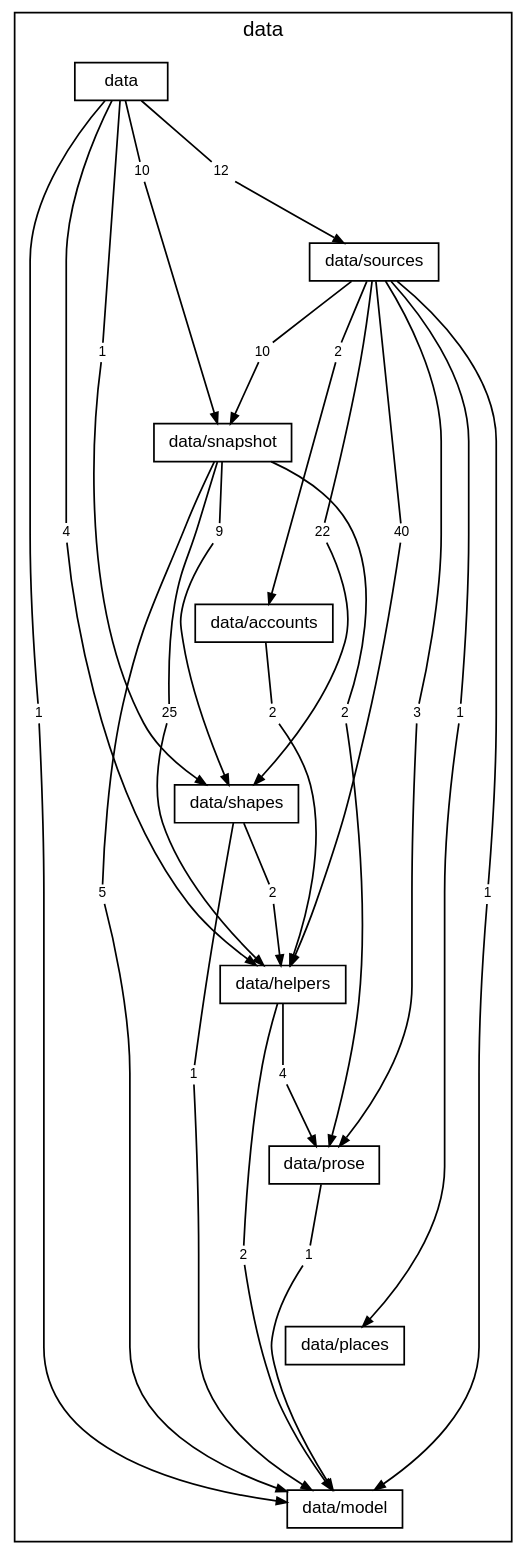
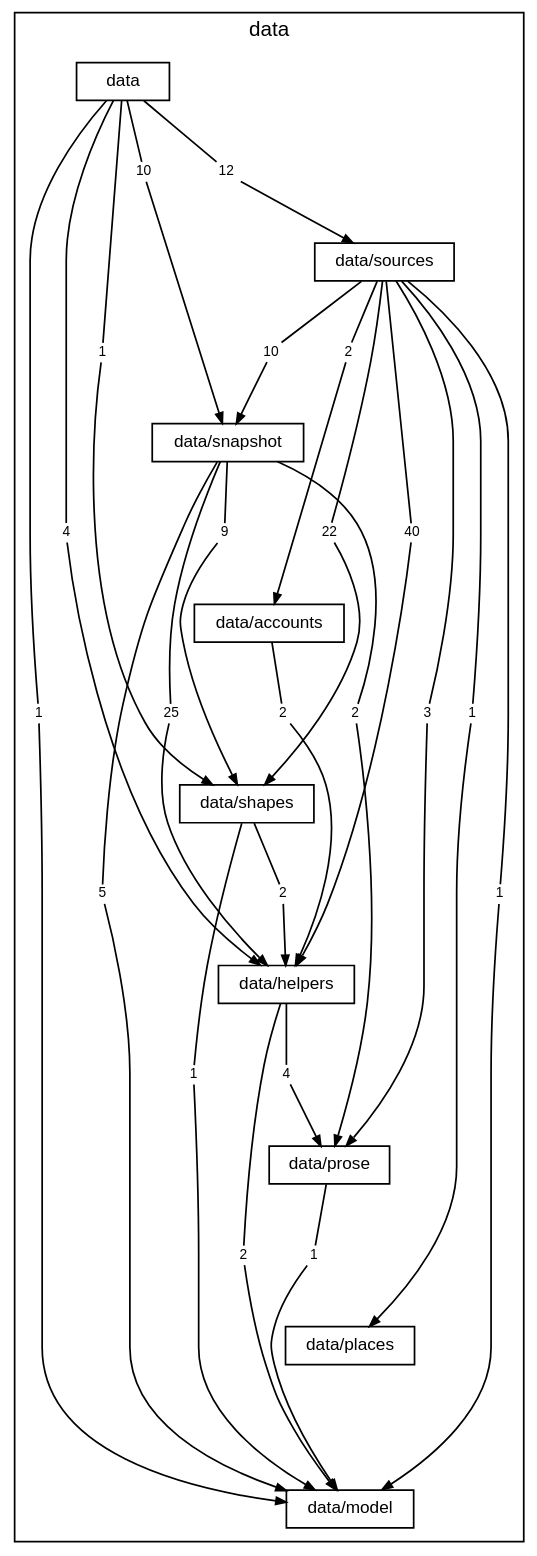
The diagram in docs/diagrams/layer-data.dot (TheAxeC/oculus), drawn with Graphviz before and after one commit. The commit also changed 642 other files, not shown here.

```diff
--- a/docs/diagrams/layer-data.dot
+++ b/docs/diagrams/layer-data.dot
@@ -1,91 +1,91 @@
 digraph layer_data {
-    graph [bgcolor="transparent", rankdir=TB, newrank=true, mclimit=4, fontname="Helvetica,Arial,sans-serif", fontsize=12, nodesep=0.2, ranksep=0.5];
-    node [shape=box, color="black", fontcolor="black", fontname="Helvetica,Arial,sans-serif", fontsize=10, height=0.3, margin="0.12,0.04"];
-    edge [color="black", fontcolor="black", fontname="Helvetica,Arial,sans-serif", fontsize=8, arrowsize=0.6];
+    graph [bgcolor="transparent", rankdir=TB, newrank=true, mclimit=4, fontname="Helvetica", fontsize=12, nodesep=0.2, ranksep=0.5];
+    node [shape=box, color="black", fontcolor="black", fontname="Helvetica", fontsize=10, height=0.3, margin="0.12,0.04"];
+    edge [color="black", fontcolor="black", fontname="Helvetica", fontsize=8, arrowsize=0.6];
     subgraph "cluster_data" {
         label="data"; style=solid;
         "folder data" [label="data"];
         "folder data/sources" [label="data/sources"];
         "folder data/snapshot" [label="data/snapshot"];
         "folder data/accounts" [label="data/accounts"];
         "folder data/shapes" [label="data/shapes"];
         "folder data/helpers" [label="data/helpers"];
         "folder data/prose" [label="data/prose"];
         "folder data/places" [label="data/places"];
         "folder data/model" [label="data/model"];
         "folder data to folder data/helpers" [label="4", shape=box, color="transparent", fontsize=8, width=0, height=0, margin="0.04,0.02"];
         "folder data to folder data/model" [label="1", shape=box, color="transparent", fontsize=8, width=0, height=0, margin="0.04,0.02"];
         "folder data to folder data/shapes" [label="1", shape=box, color="transparent", fontsize=8, width=0, height=0, margin="0.04,0.02"];
         "folder data to folder data/snapshot" [label="10", shape=box, color="transparent", fontsize=8, width=0, height=0, margin="0.04,0.02"];
         "folder data to folder data/sources" [label="12", shape=box, color="transparent", fontsize=8, width=0, height=0, margin="0.04,0.02"];
         "folder data/sources to folder data/accounts" [label="2", shape=box, color="transparent", fontsize=8, width=0, height=0, margin="0.04,0.02"];
         "folder data/sources to folder data/helpers" [label="40", shape=box, color="transparent", fontsize=8, width=0, height=0, margin="0.04,0.02"];
         "folder data/sources to folder data/model" [label="1", shape=box, color="transparent", fontsize=8, width=0, height=0, margin="0.04,0.02"];
         "folder data/sources to folder data/places" [label="1", shape=box, color="transparent", fontsize=8, width=0, height=0, margin="0.04,0.02"];
         "folder data/sources to folder data/prose" [label="3", shape=box, color="transparent", fontsize=8, width=0, height=0, margin="0.04,0.02"];
         "folder data/sources to folder data/shapes" [label="22", shape=box, color="transparent", fontsize=8, width=0, height=0, margin="0.04,0.02"];
         "folder data/sources to folder data/snapshot" [label="10", shape=box, color="transparent", fontsize=8, width=0, height=0, margin="0.04,0.02"];
         "folder data/snapshot to folder data/helpers" [label="25", shape=box, color="transparent", fontsize=8, width=0, height=0, margin="0.04,0.02"];
         "folder data/snapshot to folder data/model" [label="5", shape=box, color="transparent", fontsize=8, width=0, height=0, margin="0.04,0.02"];
         "folder data/snapshot to folder data/prose" [label="2", shape=box, color="transparent", fontsize=8, width=0, height=0, margin="0.04,0.02"];
         "folder data/snapshot to folder data/shapes" [label="9", shape=box, color="transparent", fontsize=8, width=0, height=0, margin="0.04,0.02"];
         "folder data/accounts to folder data/helpers" [label="2", shape=box, color="transparent", fontsize=8, width=0, height=0, margin="0.04,0.02"];
         "folder data/shapes to folder data/helpers" [label="2", shape=box, color="transparent", fontsize=8, width=0, height=0, margin="0.04,0.02"];
         "folder data/shapes to folder data/model" [label="1", shape=box, color="transparent", fontsize=8, width=0, height=0, margin="0.04,0.02"];
         "folder data/helpers to folder data/model" [label="2", shape=box, color="transparent", fontsize=8, width=0, height=0, margin="0.04,0.02"];
         "folder data/helpers to folder data/prose" [label="4", shape=box, color="transparent", fontsize=8, width=0, height=0, margin="0.04,0.02"];
         "folder data/prose to folder data/model" [label="1", shape=box, color="transparent", fontsize=8, width=0, height=0, margin="0.04,0.02"];
     }
     "folder data" -> "folder data/sources" [style=invis, weight=10, minlen=2];
     "folder data/sources" -> "folder data/snapshot" [style=invis, weight=10, minlen=2];
     "folder data/snapshot" -> "folder data/accounts" [style=invis, weight=10, minlen=2];
     "folder data/accounts" -> "folder data/shapes" [style=invis, weight=10, minlen=2];
     "folder data/shapes" -> "folder data/helpers" [style=invis, weight=10, minlen=2];
     "folder data/helpers" -> "folder data/prose" [style=invis, weight=10, minlen=2];
     "folder data/prose" -> "folder data/places" [style=invis, weight=10, minlen=2];
     "folder data/places" -> "folder data/model" [style=invis, weight=10, minlen=2];
     "folder data" -> "folder data to folder data/helpers" [arrowhead=none, minlen=5, weight=10];
     "folder data to folder data/helpers" -> "folder data/helpers" [];
     "folder data" -> "folder data to folder data/model" [arrowhead=none, minlen=7, weight=10];
     "folder data to folder data/model" -> "folder data/model" [];
     "folder data" -> "folder data to folder data/shapes" [arrowhead=none, minlen=3, weight=10];
     "folder data to folder data/shapes" -> "folder data/shapes" [];
     "folder data" -> "folder data to folder data/snapshot" [arrowhead=none, minlen=1, weight=10];
     "folder data to folder data/snapshot" -> "folder data/snapshot" [];
     "folder data" -> "folder data to folder data/sources" [arrowhead=none, minlen=1, weight=10];
     "folder data to folder data/sources" -> "folder data/sources" [];
     "folder data/sources" -> "folder data/sources to folder data/accounts" [arrowhead=none, minlen=1, weight=10];
     "folder data/sources to folder data/accounts" -> "folder data/accounts" [];
     "folder data/sources" -> "folder data/sources to folder data/helpers" [arrowhead=none, minlen=3, weight=10];
     "folder data/sources to folder data/helpers" -> "folder data/helpers" [];
     "folder data/sources" -> "folder data/sources to folder data/model" [arrowhead=none, minlen=7, weight=10];
     "folder data/sources to folder data/model" -> "folder data/model" [];
     "folder data/sources" -> "folder data/sources to folder data/places" [arrowhead=none, minlen=5, weight=10];
     "folder data/sources to folder data/places" -> "folder data/places" [];
     "folder data/sources" -> "folder data/sources to folder data/prose" [arrowhead=none, minlen=5, weight=10];
     "folder data/sources to folder data/prose" -> "folder data/prose" [];
     "folder data/sources" -> "folder data/sources to folder data/shapes" [arrowhead=none, minlen=3, weight=10];
     "folder data/sources to folder data/shapes" -> "folder data/shapes" [];
     "folder data/sources" -> "folder data/sources to folder data/snapshot" [arrowhead=none, minlen=1, weight=10];
     "folder data/sources to folder data/snapshot" -> "folder data/snapshot" [];
     "folder data/snapshot" -> "folder data/snapshot to folder data/helpers" [arrowhead=none, minlen=3, weight=10];
     "folder data/snapshot to folder data/helpers" -> "folder data/helpers" [];
     "folder data/snapshot" -> "folder data/snapshot to folder data/model" [arrowhead=none, minlen=5, weight=10];
     "folder data/snapshot to folder data/model" -> "folder data/model" [];
     "folder data/snapshot" -> "folder data/snapshot to folder data/prose" [arrowhead=none, minlen=3, weight=10];
     "folder data/snapshot to folder data/prose" -> "folder data/prose" [];
     "folder data/snapshot" -> "folder data/snapshot to folder data/shapes" [arrowhead=none, minlen=1, weight=10];
     "folder data/snapshot to folder data/shapes" -> "folder data/shapes" [];
     "folder data/accounts" -> "folder data/accounts to folder data/helpers" [arrowhead=none, minlen=1, weight=10];
     "folder data/accounts to folder data/helpers" -> "folder data/helpers" [];
     "folder data/shapes" -> "folder data/shapes to folder data/helpers" [arrowhead=none, minlen=1, weight=10];
     "folder data/shapes to folder data/helpers" -> "folder data/helpers" [];
     "folder data/shapes" -> "folder data/shapes to folder data/model" [arrowhead=none, minlen=3, weight=10];
     "folder data/shapes to folder data/model" -> "folder data/model" [];
     "folder data/helpers" -> "folder data/helpers to folder data/model" [arrowhead=none, minlen=3, weight=10];
     "folder data/helpers to folder data/model" -> "folder data/model" [];
     "folder data/helpers" -> "folder data/helpers to folder data/prose" [arrowhead=none, minlen=1, weight=10];
     "folder data/helpers to folder data/prose" -> "folder data/prose" [];
     "folder data/prose" -> "folder data/prose to folder data/model" [arrowhead=none, minlen=1, weight=10];
     "folder data/prose to folder data/model" -> "folder data/model" [];
 }
```
